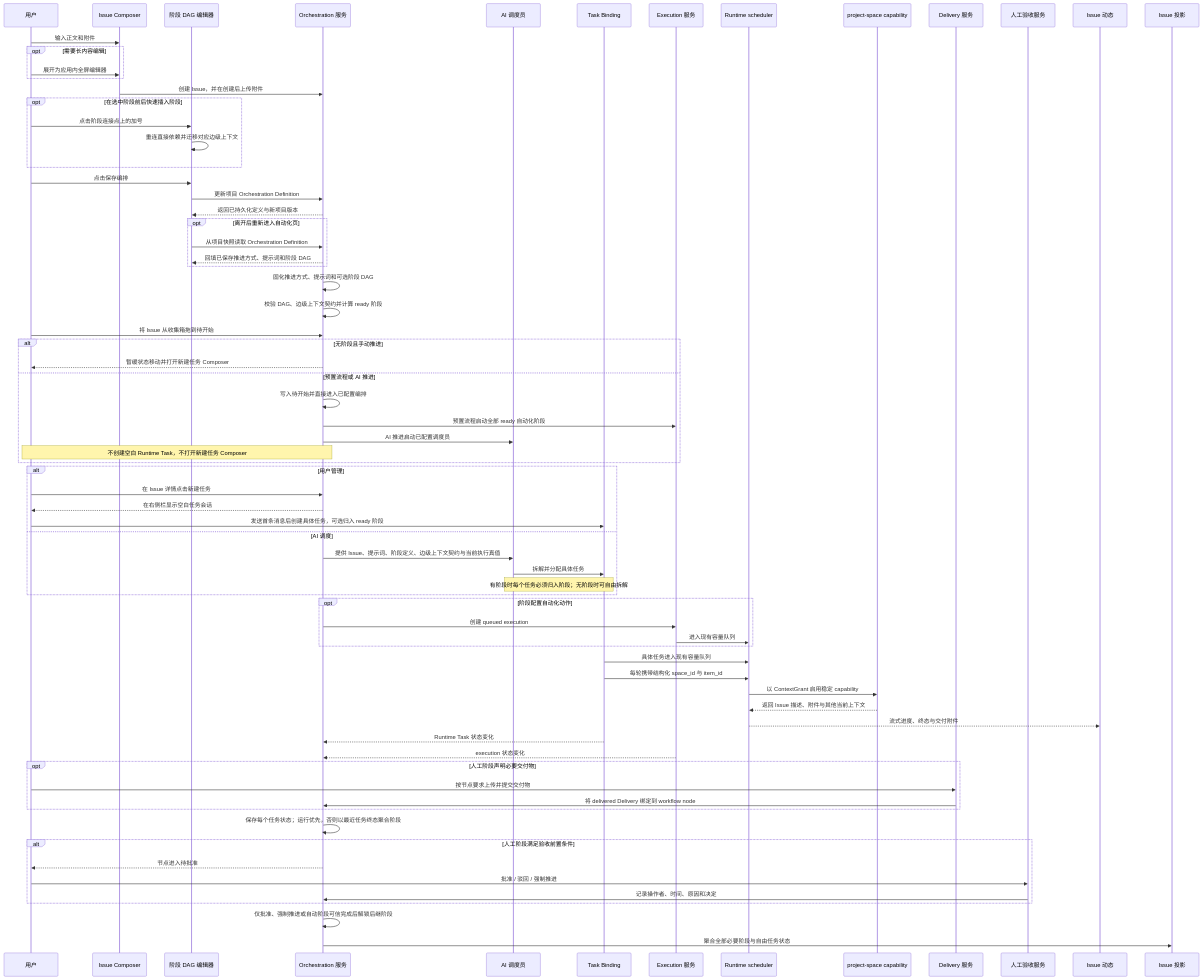
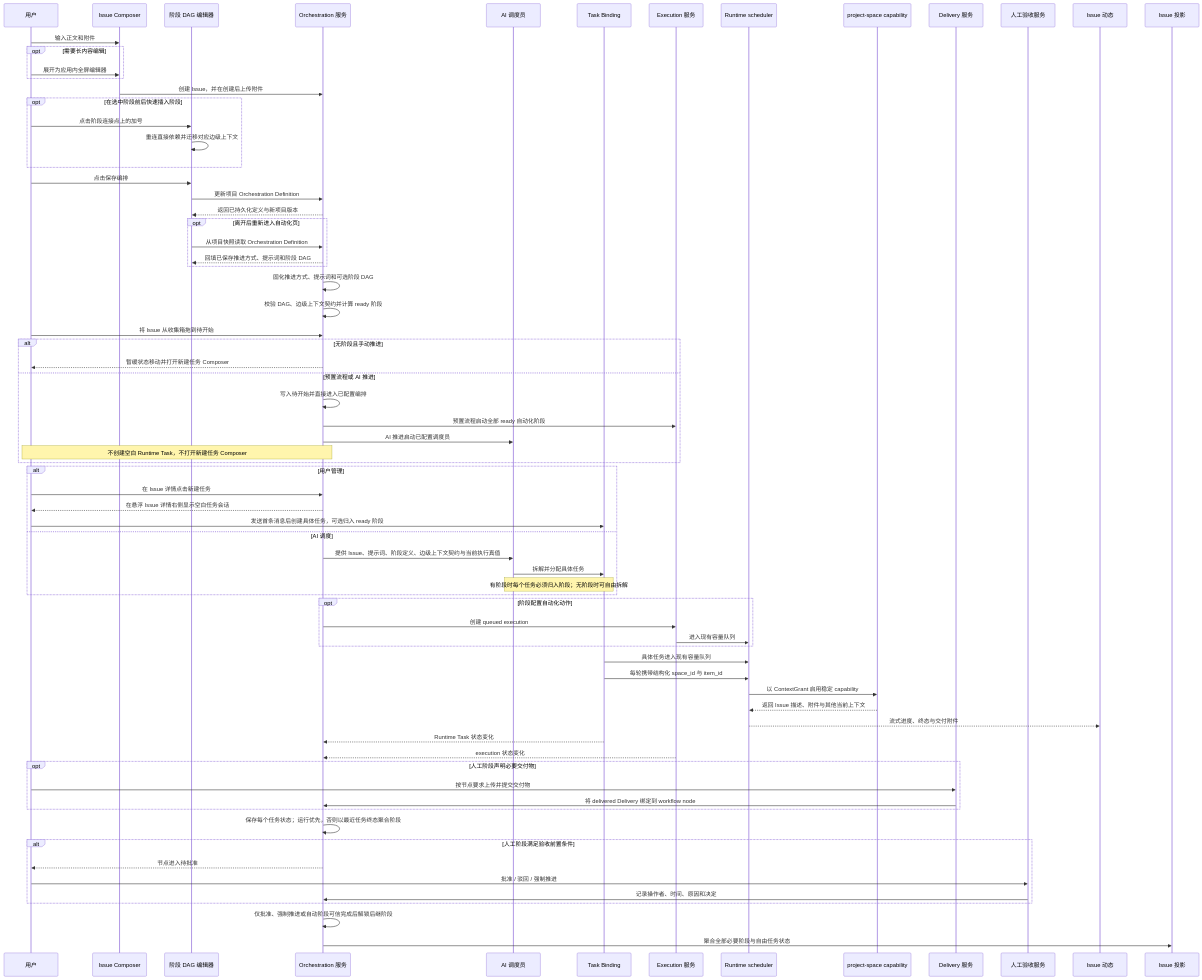
Before and after one commit to wecode-ai/Wegent: the second of 2 diagrams in docs/zh/architecture/issue-task-workflow.md, drawn with Mermaid. The commit also changed other lines of this file and 32 other files, not shown here.

````diff
--- a/docs/zh/architecture/issue-task-workflow.md
+++ b/docs/zh/architecture/issue-task-workflow.md
@@ -71,76 +72,76 @@
 ```mermaid
 sequenceDiagram
     participant U as 用户
     participant C as Issue Composer
     participant G as 阶段 DAG 编辑器
     participant O as Orchestration 服务
     participant A as AI 调度员
     participant B as Task Binding
     participant E as Execution 服务
     participant R as Runtime scheduler
     participant M as project-space capability
     participant V as Delivery 服务
     participant H as 人工验收服务
     participant D as Issue 动态
     participant I as Issue 投影
 
     U->>C: 输入正文和附件
     opt 需要长内容编辑
         U->>C: 展开为应用内全屏编辑器
     end
     C->>O: 创建 Issue，并在创建后上传附件
     opt 在选中阶段前后快速插入阶段
         U->>G: 点击阶段连接点上的加号
         G->>G: 重连直接依赖并迁移对应边级上下文
     end
     U->>G: 点击保存编排
     G->>O: 更新项目 Orchestration Definition
     O-->>G: 返回已持久化定义与新项目版本
     opt 离开后重新进入自动化页
         G->>O: 从项目快照读取 Orchestration Definition
         O-->>G: 回填已保存推进方式、提示词和阶段 DAG
     end
     O->>O: 固化推进方式、提示词和可选阶段 DAG
     O->>O: 校验 DAG、边级上下文契约并计算 ready 阶段
     U->>O: 将 Issue 从收集箱拖到待开始
     alt 无阶段且手动推进
         O-->>U: 暂缓状态移动并打开新建任务 Composer
     else 预置流程或 AI 推进
         O->>O: 写入待开始并直接进入已配置编排
         O->>E: 预置流程启动全部 ready 自动化阶段
         O->>A: AI 推进启动已配置调度员
         Note over O,U: 不创建空白 Runtime Task，不打开新建任务 Composer
     end
     alt 用户管理
         U->>O: 在 Issue 详情点击新建任务
-        O-->>U: 在右侧栏显示空白任务会话
+        O-->>U: 在悬浮 Issue 详情右侧显示空白任务会话
         U->>B: 发送首条消息后创建具体任务，可选归入 ready 阶段
     else AI 调度
         O->>A: 提供 Issue、提示词、阶段定义、边级上下文契约与当前执行真值
         A->>B: 拆解并分配具体任务
         Note over A,B: 有阶段时每个任务必须归入阶段；无阶段时可自由拆解
     end
     opt 阶段配置自动化动作
         O->>E: 创建 queued execution
         E->>R: 进入现有容量队列
     end
     B->>R: 具体任务进入现有容量队列
     B->>R: 每轮携带结构化 space_id 与 item_id
     R->>M: 以 ContextGrant 启用稳定 capability
     M-->>R: 返回 Issue 描述、附件与其他当前上下文
     R-->>D: 流式进度、终态与交付附件
     B-->>O: Runtime Task 状态变化
     E-->>O: execution 状态变化
     opt 人工阶段声明必要交付物
         U->>V: 按节点要求上传并提交交付物
         V->>O: 将 delivered Delivery 绑定到 workflow node
     end
     O->>O: 保存每个任务状态；运行优先，否则以最近任务终态聚合阶段
     alt 人工阶段满足验收前置条件
         O-->>U: 节点进入待批准
         U->>H: 批准 / 驳回 / 强制推进
         H->>O: 记录操作者、时间、原因和决定
     end
     O->>O: 仅批准、强制推进或自动阶段可信完成后解锁后继阶段
     O->>I: 聚合全部必要阶段与自由任务状态
 ```
````
